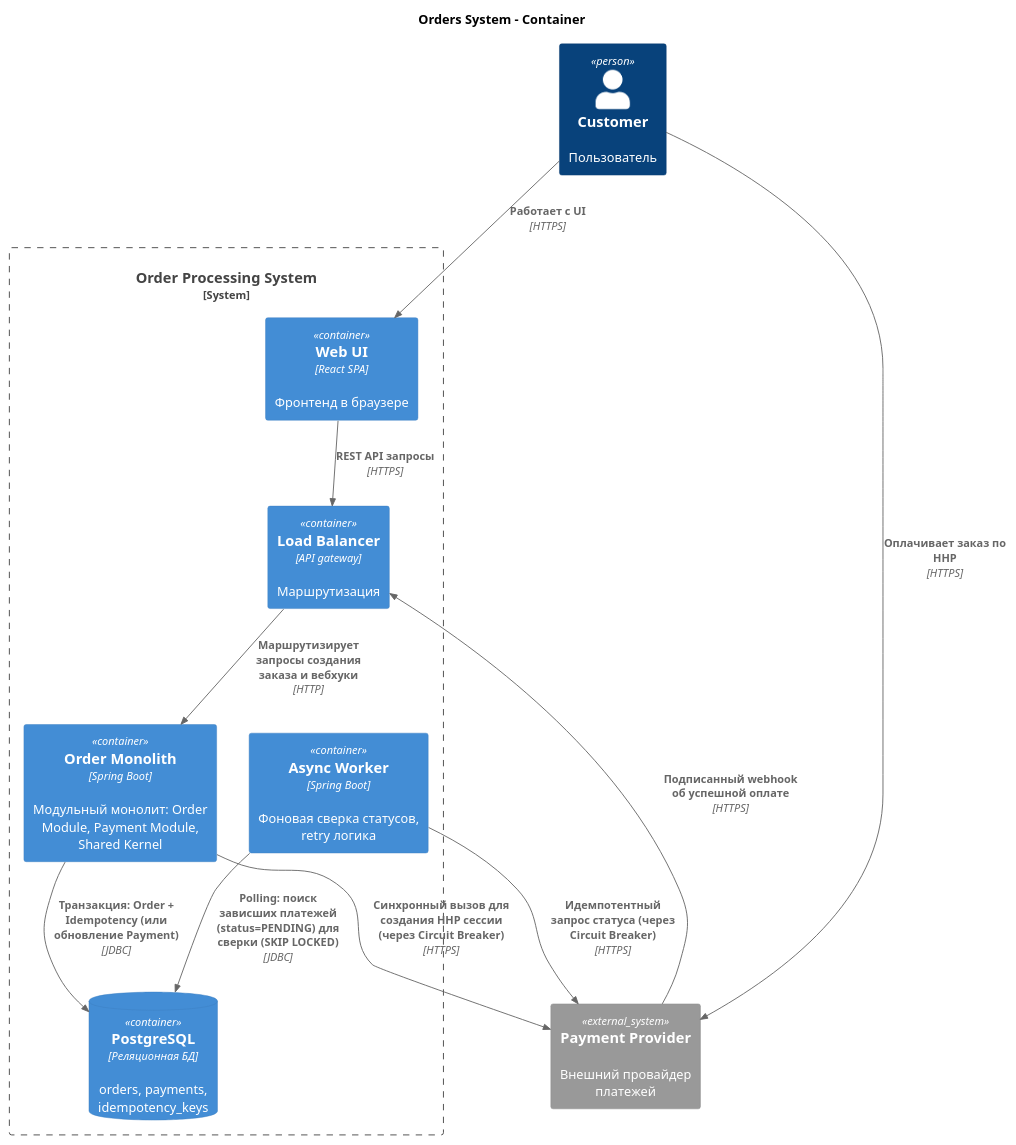
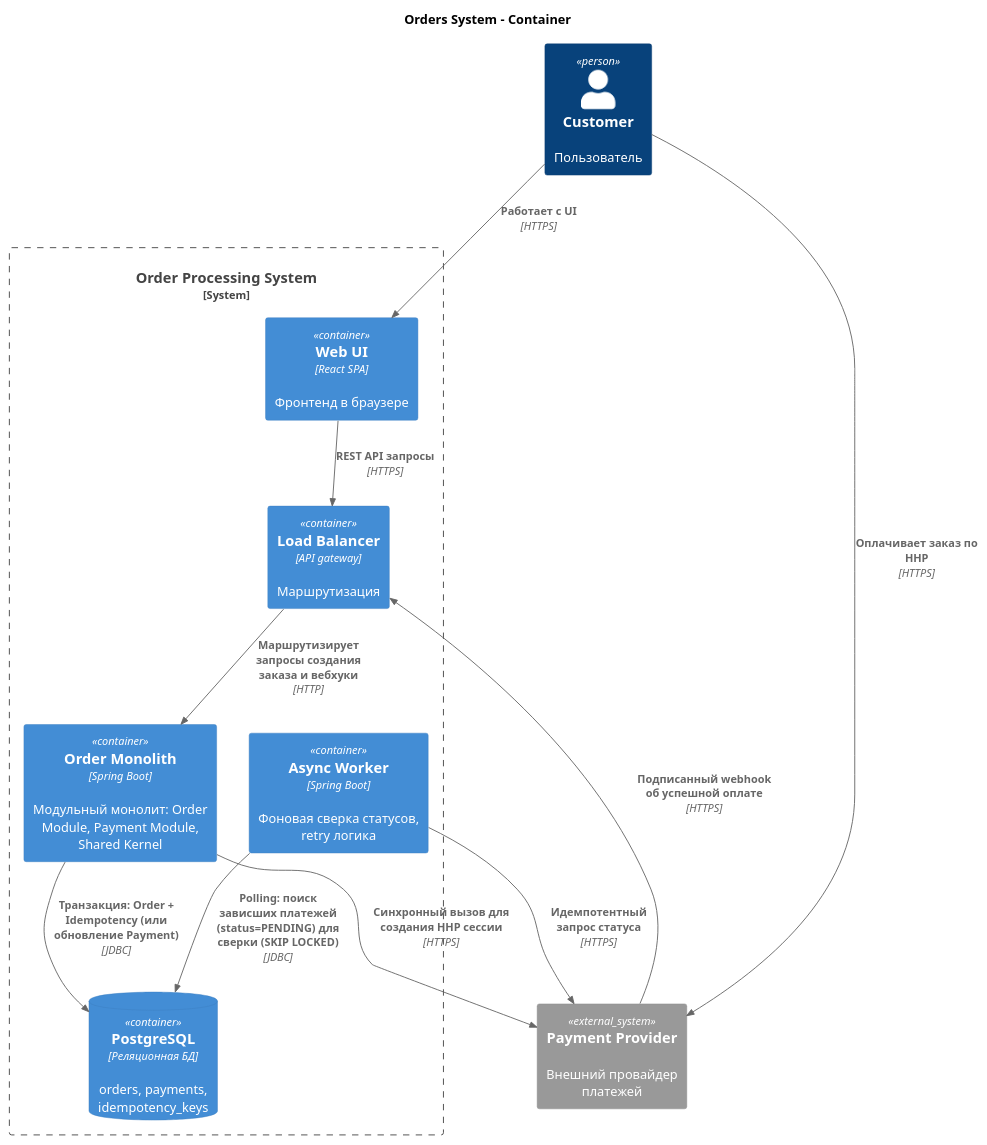
Before and after one commit to Adsimka/order-system-architecture: the diagram in docs/diagrams/c4/container/orders-container.puml, drawn with PlantUML. The commit also changed 5 other files, not shown here.

```diff
--- a/docs/diagrams/c4/container/orders-container.puml
+++ b/docs/diagrams/c4/container/orders-container.puml
@@ -1,28 +1,28 @@
 @startuml
 
 !include https://raw.githubusercontent.com/plantuml-stdlib/C4-PlantUML/master/C4_Container.puml
 
 title Orders System - Container
 
 Person(customer, "Customer", "Пользователь")
 
 System_Ext(paymentProvider, "Payment Provider", "Внешний провайдер платежей")
 System_Boundary(systemBoundary, "Order Processing System") {
     Container(ui, "Web UI", "React SPA", "Фронтенд в браузере")
     Container(edge, "Load Balancer", "API gateway", "Маршрутизация")
     Container(monolith, "Order Monolith", "Spring Boot", "Модульный монолит: Order Module, Payment Module, Shared Kernel")
     ContainerDb(db, "PostgreSQL", "Реляционная БД", "orders, payments, idempotency_keys")
     Container(worker, "Async Worker", "Spring Boot", "Фоновая сверка статусов, retry логика")
 }
 
 Rel(customer, ui, "Работает c UI", "HTTPS")
 Rel(ui, edge, "REST API запросы", "HTTPS")
 Rel(edge, monolith, "Маршрутизирует запросы создания заказа и вебхуки", "HTTP")
 Rel(monolith, db, "Транзакция: Order + Idempotency (или обновление Payment)", "JDBC")
-Rel(monolith, paymentProvider, "Синхронный вызов для создания HHP сессии (через Circuit Breaker)", "HTTPS")
+Rel(monolith, paymentProvider, "Синхронный вызов для создания HHP сессии", "HTTPS")
 Rel(paymentProvider, edge, "Подписанный webhook об успешной оплате", "HTTPS")
 Rel(customer, paymentProvider, "Оплачивает заказ по HHP", "HTTPS")
 Rel(worker, db, "Polling: поиск зависших платежей (status=PENDING) для сверки (SKIP LOCKED)", "JDBC")
-Rel(worker, paymentProvider, "Идемпотентный запрос статуса (через Circuit Breaker)", "HTTPS")
+Rel(worker, paymentProvider, "Идемпотентный запрос статуса", "HTTPS")
 
 @enduml
```
